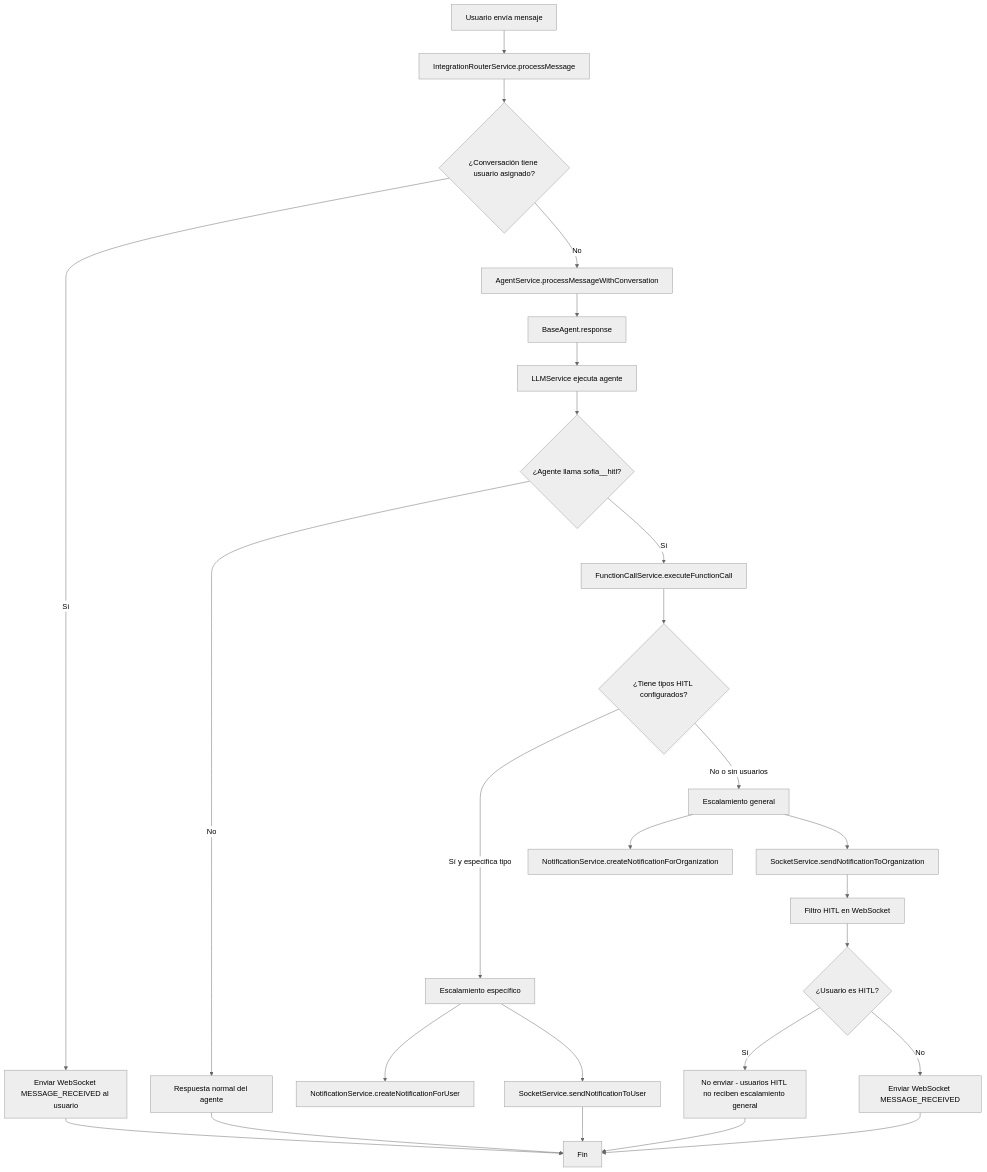
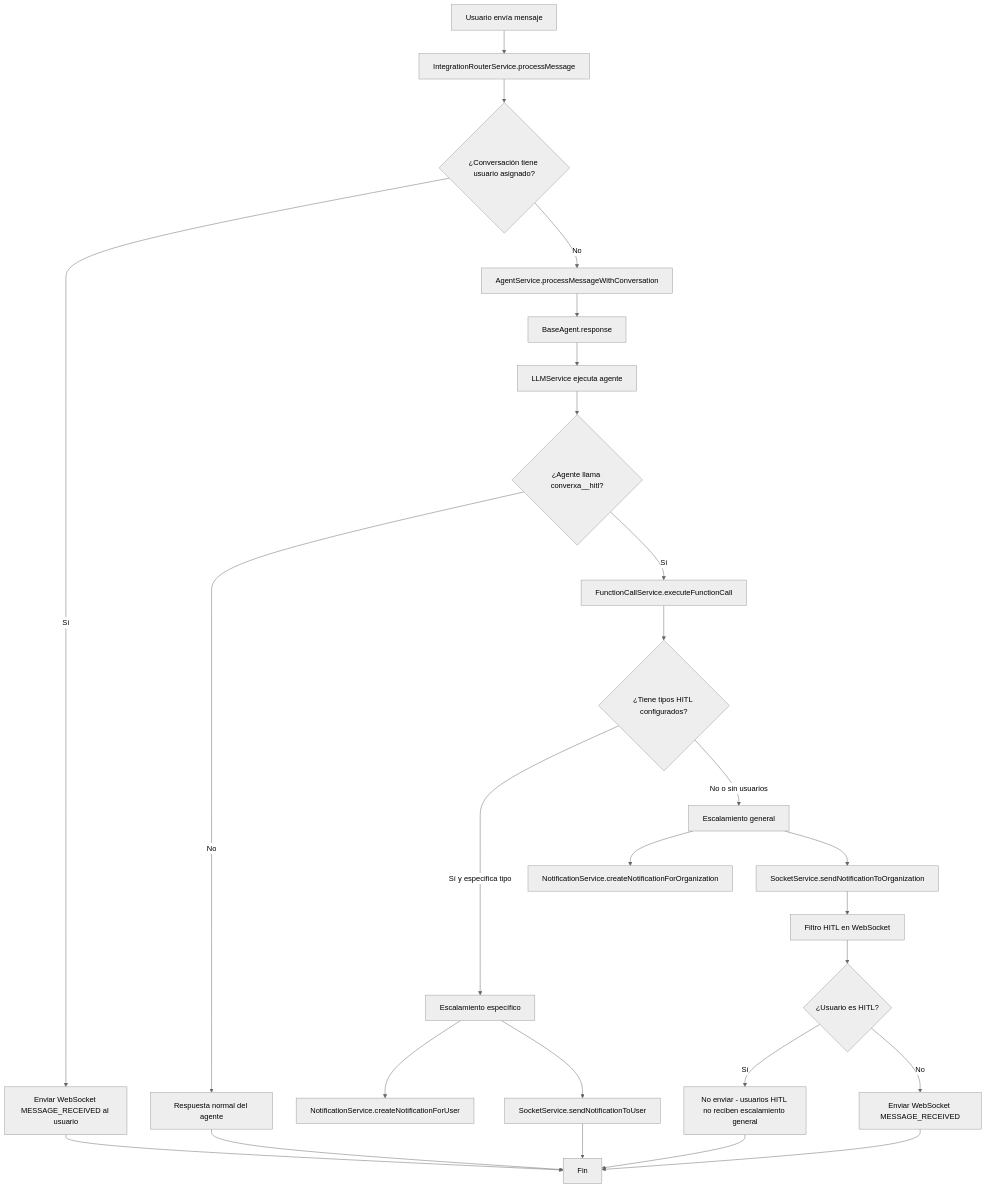
The diagram in docs/flujo_procesamiento_mensajes_escalamiento_use_case.md (ConverxaDevTeam/chat-backend), drawn with Mermaid (neutral theme) before and after one commit. The commit also changed other lines of this file and 28 other files, not shown here.

````diff
--- a/docs/flujo_procesamiento_mensajes_escalamiento_use_case.md
+++ b/docs/flujo_procesamiento_mensajes_escalamiento_use_case.md
@@ -8,28 +8,28 @@
 ```mermaid
 graph TD
     A[Usuario envía mensaje] --> B[IntegrationRouterService.processMessage]
     B --> C{¿Conversación tiene usuario asignado?}
     C -->|Sí| D[Enviar WebSocket MESSAGE_RECEIVED al usuario]
     C -->|No| E[AgentService.processMessageWithConversation]
     E --> F[BaseAgent.response]
     F --> G[LLMService ejecuta agente]
-    G --> H{¿Agente llama sofia__hitl?}
+    G --> H{¿Agente llama converxa__hitl?}
     H -->|No| I[Respuesta normal del agente]
     H -->|Sí| J[FunctionCallService.executeFunctionCall]
     J --> K{¿Tiene tipos HITL configurados?}
     K -->|Sí y especifica tipo| L[Escalamiento específico]
     K -->|No o sin usuarios| M[Escalamiento general]
     L --> N[NotificationService.createNotificationForUser]
     L --> O[SocketService.sendNotificationToUser]
     M --> P[NotificationService.createNotificationForOrganization]
     M --> Q[SocketService.sendNotificationToOrganization]
     Q --> R[Filtro HITL en WebSocket]
     R --> S{¿Usuario es HITL?}
     S -->|Sí| T[No enviar - usuarios HITL no reciben escalamiento general]
     S -->|No| U[Enviar WebSocket MESSAGE_RECEIVED]
     D --> V[Fin]
     I --> V
     O --> V
     T --> V
     U --> V
 ```
````
